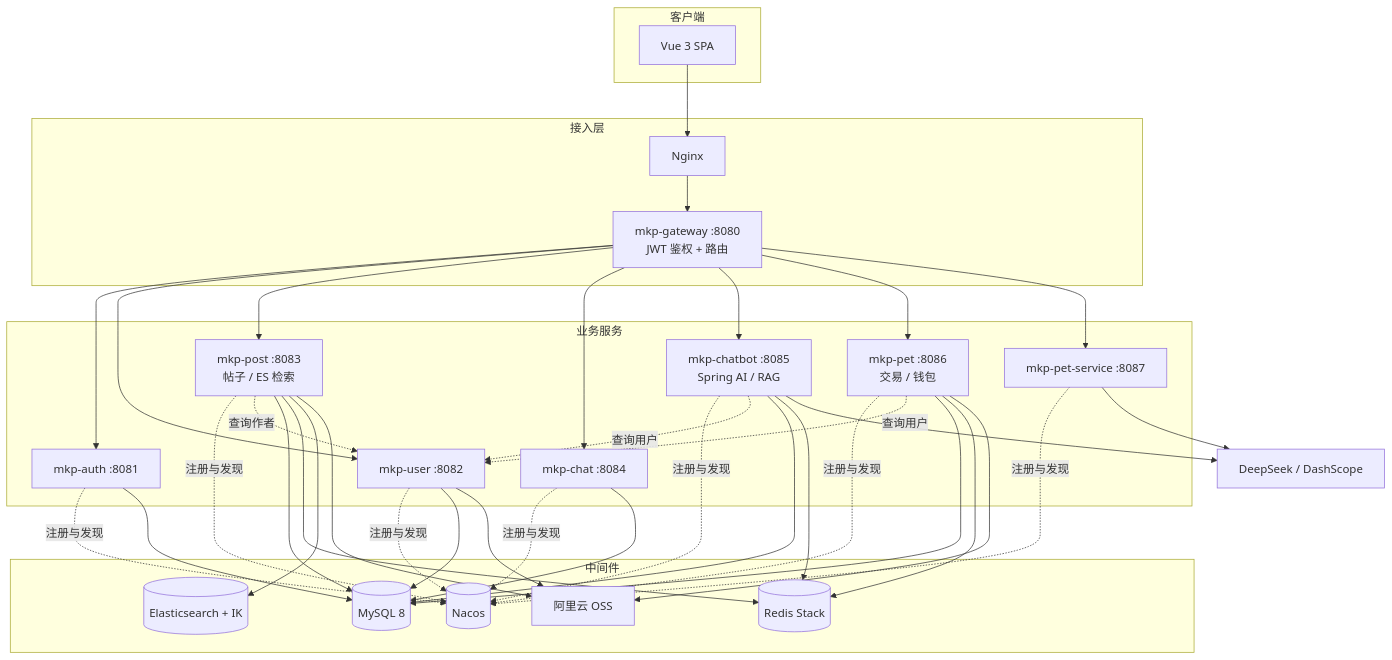
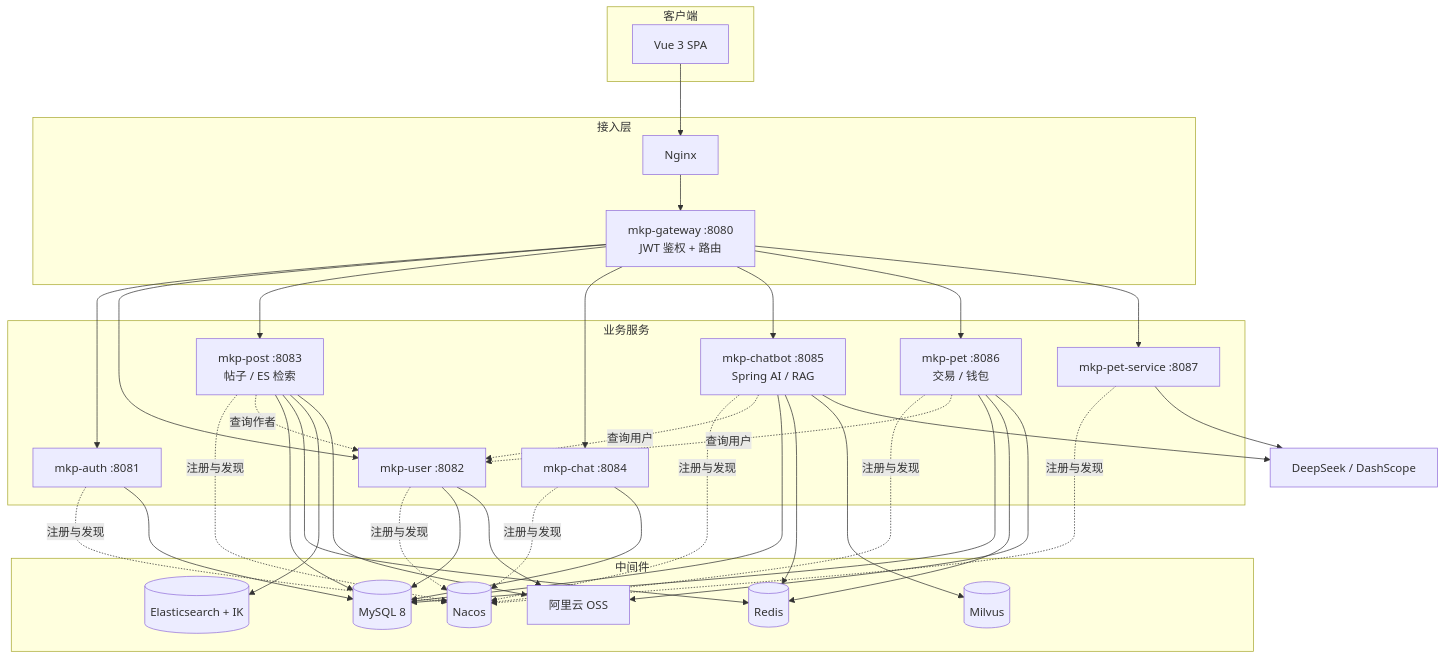
Before and after one commit to qingMKP/MKP_for_pet: the diagram in README.md, drawn with Mermaid. The commit also changed other lines of this file and 2 other files, not shown here.

````diff
--- a/README.md
+++ b/README.md
@@ -24,39 +24,41 @@
 ```mermaid
 flowchart TB
     subgraph client [客户端]
         U[Vue 3 SPA]
     end
     subgraph entry [接入层]
         NG[Nginx]
         GW["mkp-gateway :8080<br/>JWT 鉴权 + 路由"]
     end
     subgraph biz [业务服务]
         AUTH[mkp-auth :8081]
         USER[mkp-user :8082]
         POST["mkp-post :8083<br/>帖子 / ES 检索"]
         CHAT[mkp-chat :8084]
         BOT["mkp-chatbot :8085<br/>Spring AI / RAG"]
         PET["mkp-pet :8086<br/>交易 / 钱包"]
         PSVC[mkp-pet-service :8087]
     end
     subgraph infra [中间件]
         MYSQL[(MySQL 8)]
-        REDIS[(Redis Stack)]
+        REDIS[(Redis)]
+        MILVUS[(Milvus)]
         ES[(Elasticsearch + IK)]
         OSS[阿里云 OSS]
         NACOS[(Nacos)]
     end
     EXT[DeepSeek / DashScope]
 
     U --> NG --> GW
     GW --> AUTH & USER & POST & CHAT & BOT & PET & PSVC
     AUTH & USER & POST & CHAT & BOT & PET & PSVC -. 注册与发现 .-> NACOS
     POST -. 查询作者 .-> USER
     PET -. 查询用户 .-> USER
     BOT -. 查询用户 .-> USER
     AUTH & USER & POST & CHAT & BOT & PET --> MYSQL
     PET & BOT & POST --> REDIS
+    BOT --> MILVUS
     POST --> ES
     POST & USER & PET --> OSS
     BOT & PSVC --> EXT
 ```
````
